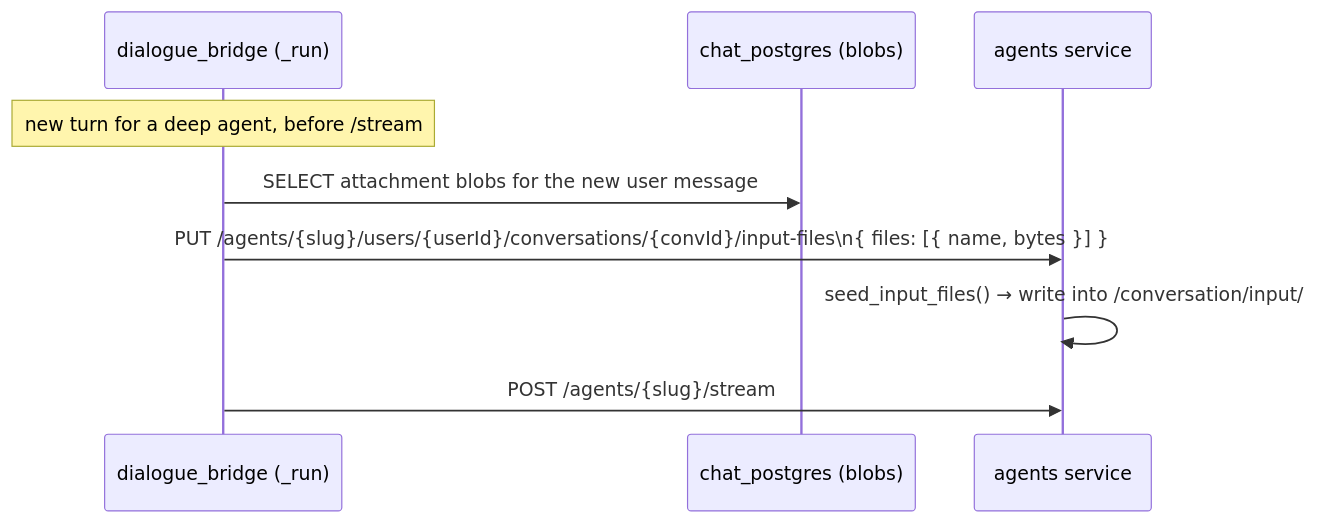
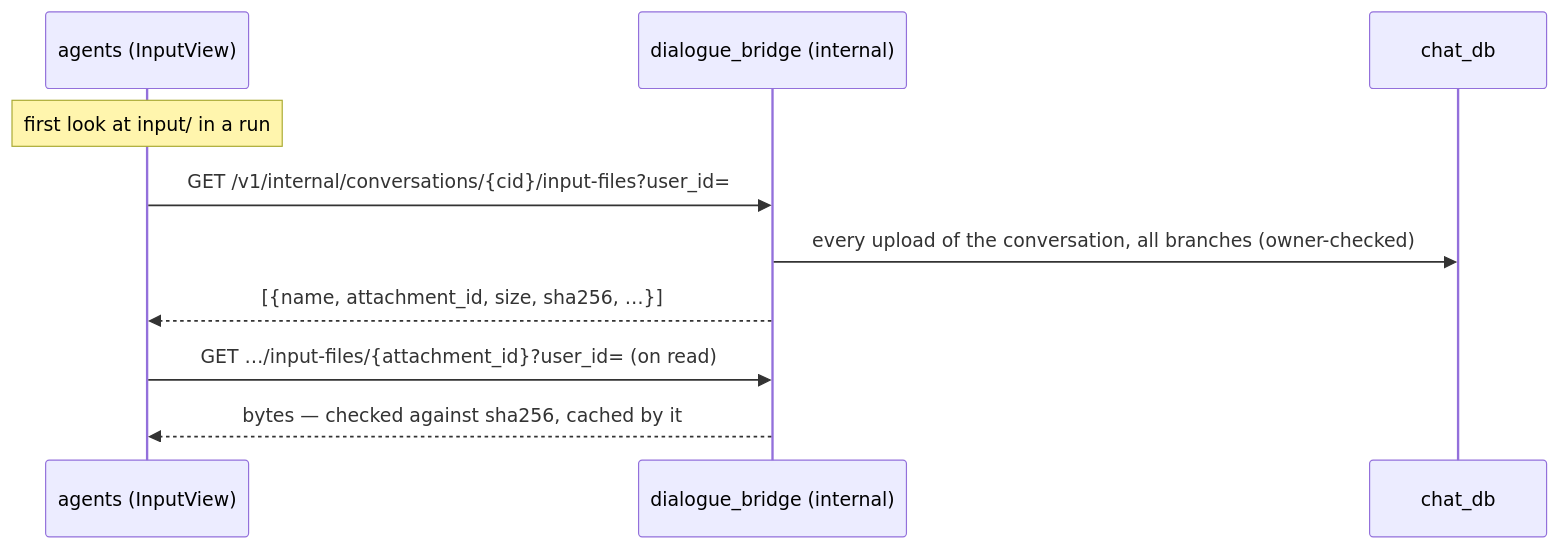
One commit to konstantinosmpouros/mAgenticX changed the third of 4 diagrams in docs/flows/attachments.md. Above: the diagram before and after it, drawn with Mermaid. The commit also changed other lines of this file and 133 other files, not shown here.

````diff
--- a/docs/flows/attachments.md
+++ b/docs/flows/attachments.md
@@ -280,12 +277,13 @@
 ```mermaid
 sequenceDiagram
-    participant D as dialogue_bridge (_run)
-    participant PG as chat_postgres (blobs)
-    participant A as agents service
+    participant A as agents (InputView)
+    participant D as dialogue_bridge (internal)
+    participant PG as chat_db
 
-    Note over D: new turn for a deep agent, before /stream
-    D->>PG: SELECT attachment blobs for the new user message
-    D->>A: PUT /agents/{slug}/users/{userId}/conversations/{convId}/input-files\n{ files: [{ name, bytes }] }
-    A->>A: seed_input_files() → write into /conversation/input/
-    D->>A: POST /agents/{slug}/stream
+    Note over A: first look at input/ in a run
+    A->>D: GET /v1/internal/conversations/{cid}/input-files?user_id=
+    D->>PG: every upload of the conversation, all branches (owner-checked)
+    D-->>A: [{name, attachment_id, size, sha256, …}]
+    A->>D: GET …/input-files/{attachment_id}?user_id= (on read)
+    D-->>A: bytes — checked against sha256, cached by it
 ```
````
